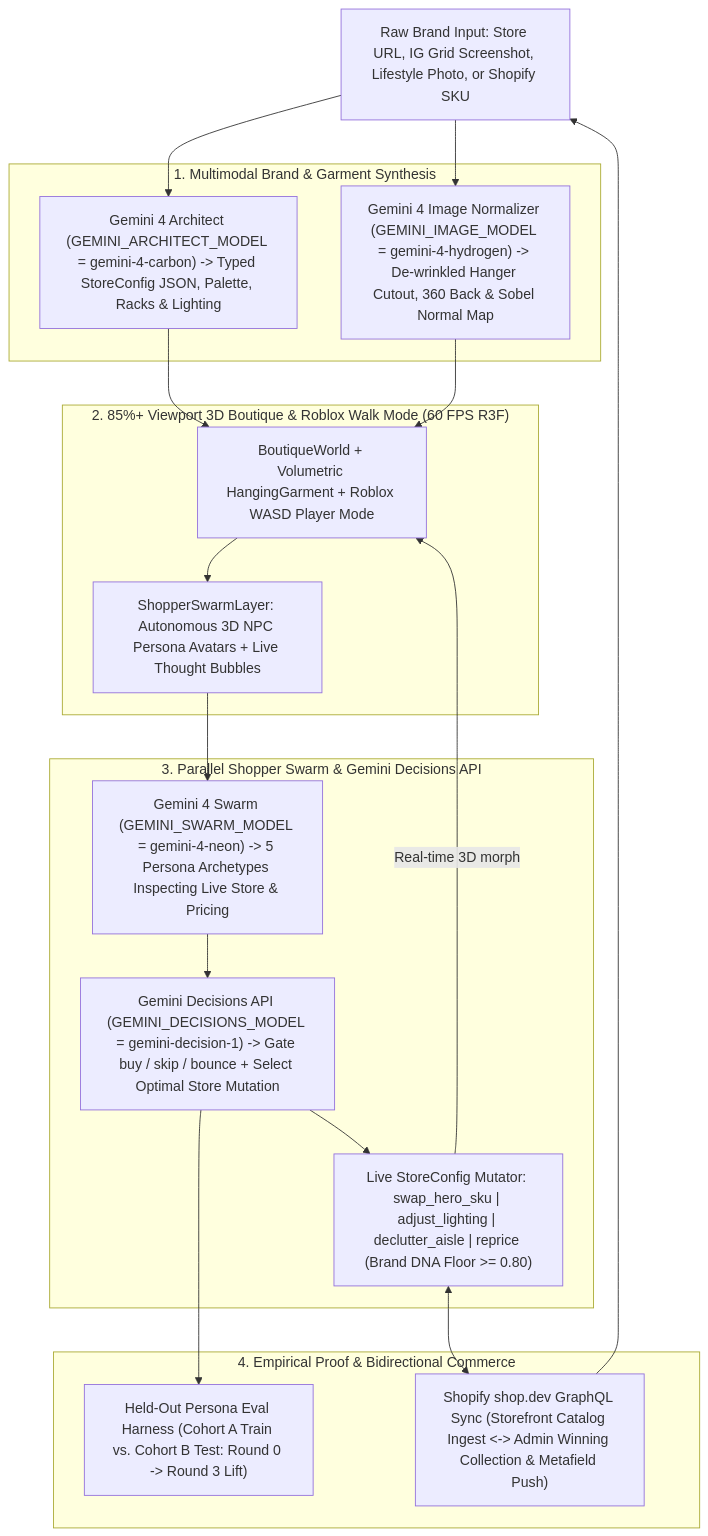
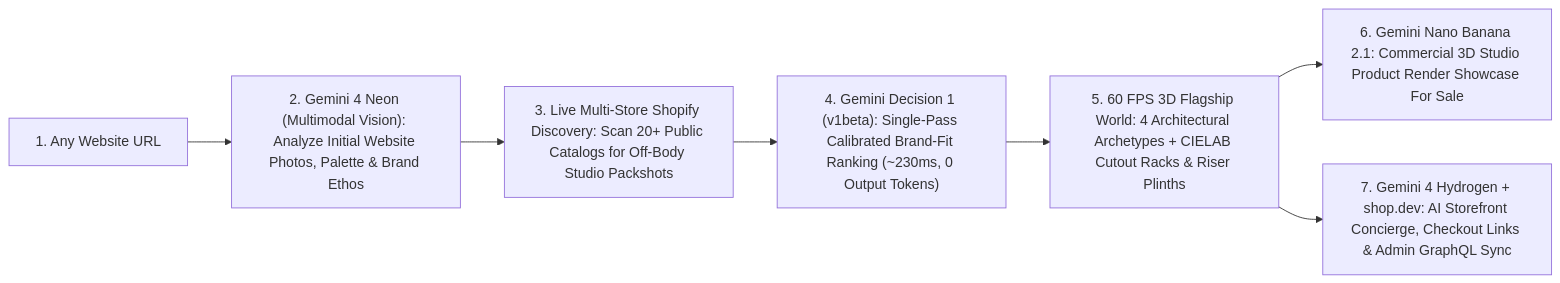
Before and after one commit to Spadeyache/gemini4_hackathon_2026_11_21: the diagram in README.md, drawn with Mermaid. The commit also changed other lines of this file and 4 other files, not shown here.

Commit message:
docs(readme): add live showroom & Nano Banana 2.1 screenshots and final Gemini 4 architecture

````diff
--- a/README.md
+++ b/README.md
@@ -42,38 +41,9 @@
 ```mermaid
-flowchart TD
-    Ingest["Raw Brand Input: Store URL, IG Grid Screenshot, Lifestyle Photo, or Shopify SKU"]
-
-    subgraph Multimodal_Ingest["1. Multimodal Brand & Garment Synthesis"]
-        Carbon["Gemini 4 Architect (GEMINI_ARCHITECT_MODEL = gemini-4-carbon) -> Typed StoreConfig JSON, Palette, Racks & Lighting"]
-        Hydrogen["Gemini 4 Image Normalizer (GEMINI_IMAGE_MODEL = gemini-4-hydrogen) -> De-wrinkled Hanger Cutout, 360 Back & Sobel Normal Map"]
-    end
-
-    subgraph Spatial_Engine["2. 85%+ Viewport 3D Boutique & Roblox Walk Mode (60 FPS R3F)"]
-        Showroom["BoutiqueWorld + Volumetric HangingGarment + Roblox WASD Player Mode"]
-        Swarm3D["ShopperSwarmLayer: Autonomous 3D NPC Persona Avatars + Live Thought Bubbles"]
-    end
-
-    subgraph Closed_Loop["3. Parallel Shopper Swarm & Gemini Decisions API"]
-        Neon["Gemini 4 Swarm (GEMINI_SWARM_MODEL = gemini-4-neon) -> 5 Persona Archetypes Inspecting Live Store & Pricing"]
-        Decisions["Gemini Decisions API (GEMINI_DECISIONS_MODEL = gemini-decision-1) -> Gate buy / skip / bounce + Select Optimal Store Mutation"]
-        Mutator["Live StoreConfig Mutator: swap_hero_sku | adjust_lighting | declutter_aisle | reprice (Brand DNA Floor >= 0.80)"]
-    end
-
-    subgraph Eval_And_Commerce["4. Empirical Proof & Bidirectional Commerce"]
-        HeldOut["Held-Out Persona Eval Harness (Cohort A Train vs. Cohort B Test: Round 0 -> Round 3 Lift)"]
-        Shopify["Shopify shop.dev GraphQL Sync (Storefront Catalog Ingest <-> Admin Winning Collection & Metafield Push)"]
-    end
-
-    Ingest --> Carbon
-    Ingest --> Hydrogen
-    Carbon --> Showroom
-    Hydrogen --> Showroom
-    Showroom --> Swarm3D
-    Swarm3D --> Neon
-    Neon --> Decisions
-    Decisions --> Mutator
-    Mutator -->|"Real-time 3D morph"| Showroom
-    Decisions --> HeldOut
-    Mutator <--> Shopify
-    Shopify --> Ingest
+flowchart LR
+    URL["1. Any Website URL"] --> Neon["2. Gemini 4 Neon (Multimodal Vision): Analyze Initial Website Photos, Palette & Brand Ethos"]
+    Neon --> ShopifySearch["3. Live Multi-Store Shopify Discovery: Scan 20+ Public Catalogs for Off-Body Studio Packshots"]
+    ShopifySearch --> Decision["4. Gemini Decision 1 (v1beta): Single-Pass Calibrated Brand-Fit Ranking (~230ms, 0 Output Tokens)"]
+    Decision --> World["5. 60 FPS 3D Flagship World: 4 Architectural Archetypes + CIELAB Cutout Racks & Riser Plinths"]
+    World --> Banana["6. Gemini Nano Banana 2.1: Commercial 3D Studio Product Render Showcase For Sale"]
+    World --> Concierge["7. Gemini 4 Hydrogen + shop.dev: AI Storefront Concierge, Checkout Links & Admin GraphQL Sync"]
 ```
````
